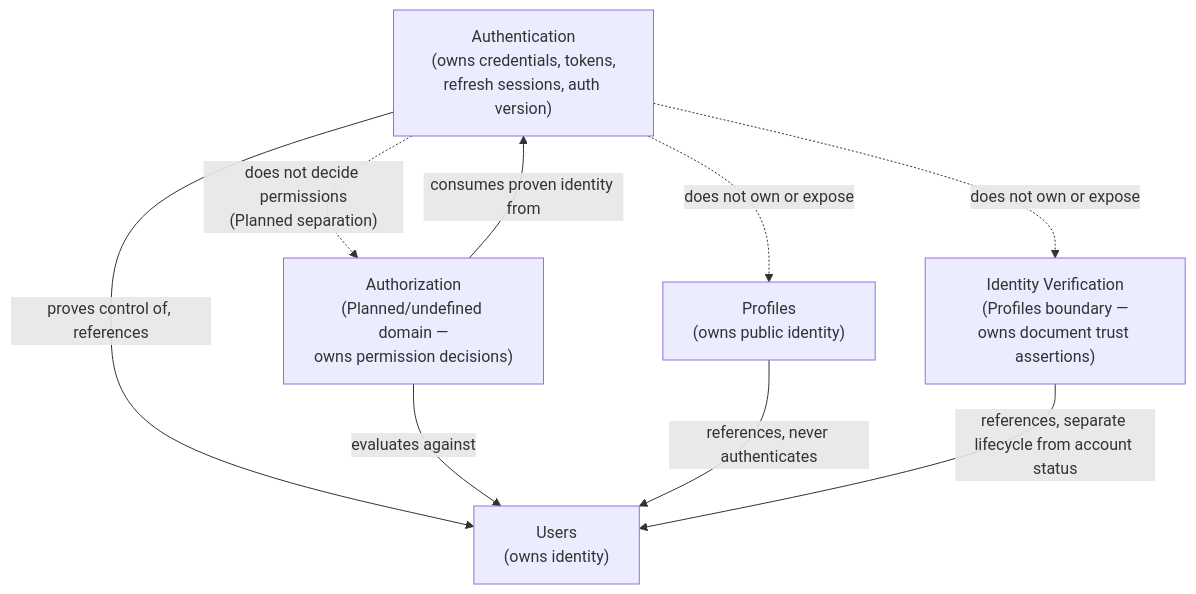
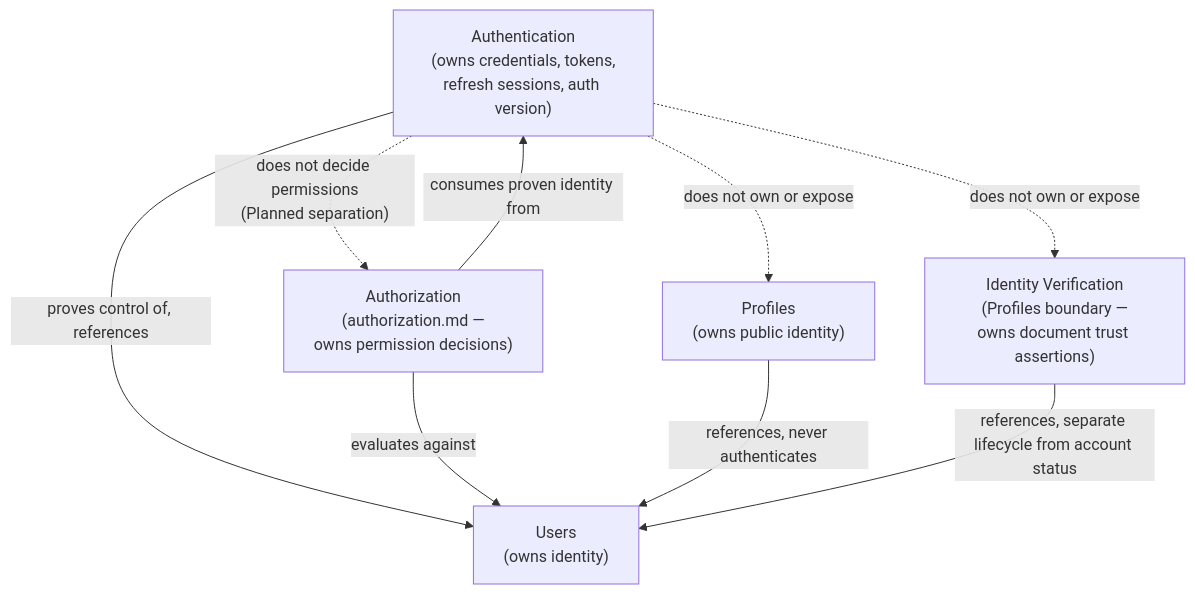
Before and after one commit to xela-ash/Music_app: the first of 9 diagrams in docs/02-users-roles-permissions/authentication.md, drawn with Mermaid. The commit also changed other lines of this file and 3 other files, not shown here.

Commit message:
docs: define authorization architecture and align domain model

````diff
--- a/docs/02-users-roles-permissions/authentication.md
+++ b/docs/02-users-roles-permissions/authentication.md
@@ -119,17 +119,17 @@
 ```mermaid
 flowchart TB
     USR["Users<br/>(owns identity)"]
     AUTH["Authentication<br/>(owns credentials, tokens,<br/>refresh sessions, auth version)"]
-    AUTHZ["Authorization<br/>(Planned/undefined domain —<br/>owns permission decisions)"]
+    AUTHZ["Authorization<br/>(authorization.md —<br/>owns permission decisions)"]
     PRF["Profiles<br/>(owns public identity)"]
     VER["Identity Verification<br/>(Profiles boundary —<br/>owns document trust assertions)"]
 
     AUTH -- "proves control of, references" --> USR
     AUTHZ -- "consumes proven identity from" --> AUTH
     AUTHZ -- "evaluates against" --> USR
     PRF -- "references, never authenticates" --> USR
     VER -- "references, separate lifecycle from account status" --> USR
     AUTH -. "does not decide permissions<br/>(Planned separation)" .-> AUTHZ
     AUTH -. "does not own or expose" .-> PRF
     AUTH -. "does not own or expose" .-> VER
 ```
````
